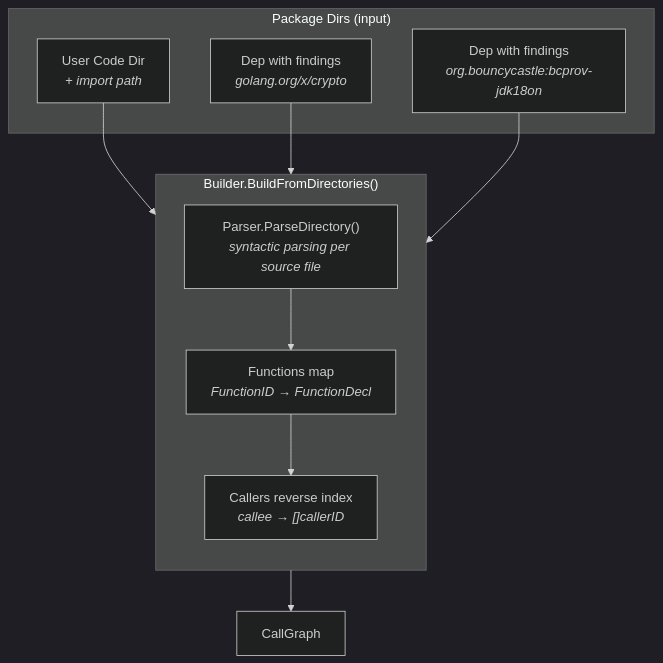
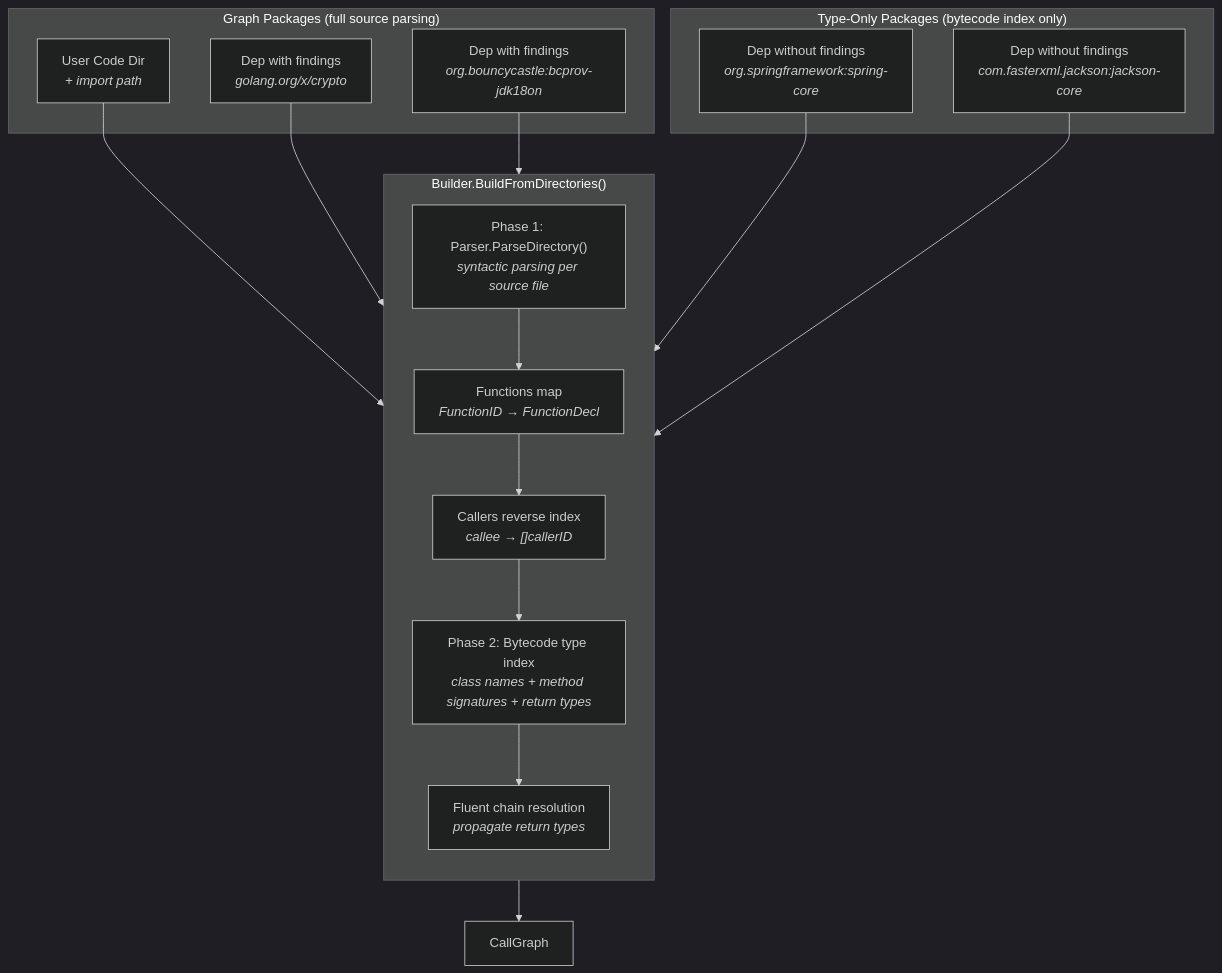
One commit to scanoss/crypto-finder changed the fourth of 7 diagrams in docs/DEPENDENCY_SCANNING.md. Above: the diagram before and after it, drawn with Mermaid (dark theme). The commit also changed other lines of this file and 92 other files, not shown here.

````diff
--- a/docs/DEPENDENCY_SCANNING.md
+++ b/docs/DEPENDENCY_SCANNING.md
@@ -92,24 +94,35 @@
 ```mermaid
 flowchart TB
-    subgraph "Package Dirs (input)"
+    subgraph "Graph Packages (full source parsing)"
         U["User Code Dir<br/><i>+ import path</i>"]
         D1["Dep with findings<br/><i>golang.org/x/crypto</i>"]
         D2["Dep with findings<br/><i>org.bouncycastle:bcprov-jdk18on</i>"]
     end
 
+    subgraph "Type-Only Packages (bytecode index only)"
+        T1["Dep without findings<br/><i>org.springframework:spring-core</i>"]
+        T2["Dep without findings<br/><i>com.fasterxml.jackson:jackson-core</i>"]
+    end
+
     subgraph "Builder.BuildFromDirectories()"
         direction TB
-        Parse["Parser.ParseDirectory()<br/><i>syntactic parsing per source file</i>"]
+        Parse["Phase 1: Parser.ParseDirectory()<br/><i>syntactic parsing per source file</i>"]
         FnMap["Functions map<br/><i>FunctionID → FunctionDecl</i>"]
         RevIdx["Callers reverse index<br/><i>callee → []callerID</i>"]
+        TypeRes["Phase 2: Bytecode type index<br/><i>class names + method signatures + return types</i>"]
+        Fluent["Fluent chain resolution<br/><i>propagate return types</i>"]
 
         Parse --> FnMap
         FnMap --> RevIdx
+        RevIdx --> TypeRes
+        TypeRes --> Fluent
     end
 
     U --> Parse
     D1 --> Parse
     D2 --> Parse
+    T1 --> TypeRes
+    T2 --> TypeRes
 
-    RevIdx --> CG["CallGraph"]
+    Fluent --> CG["CallGraph"]
 ```
````
